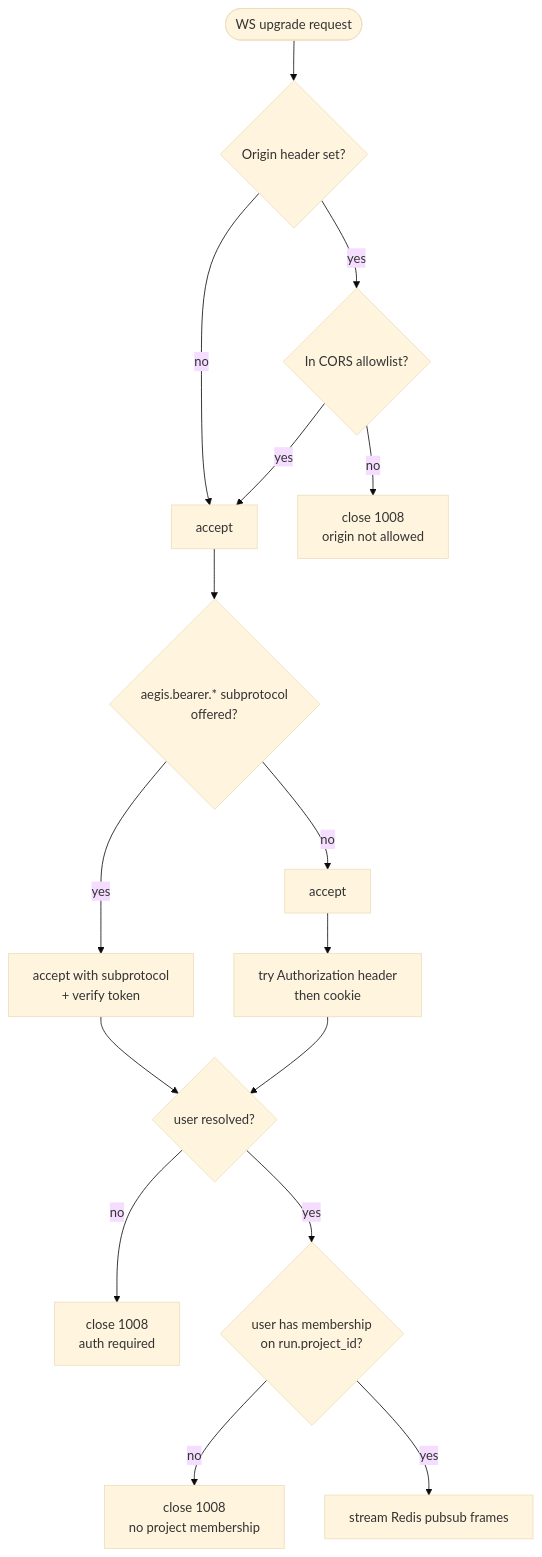
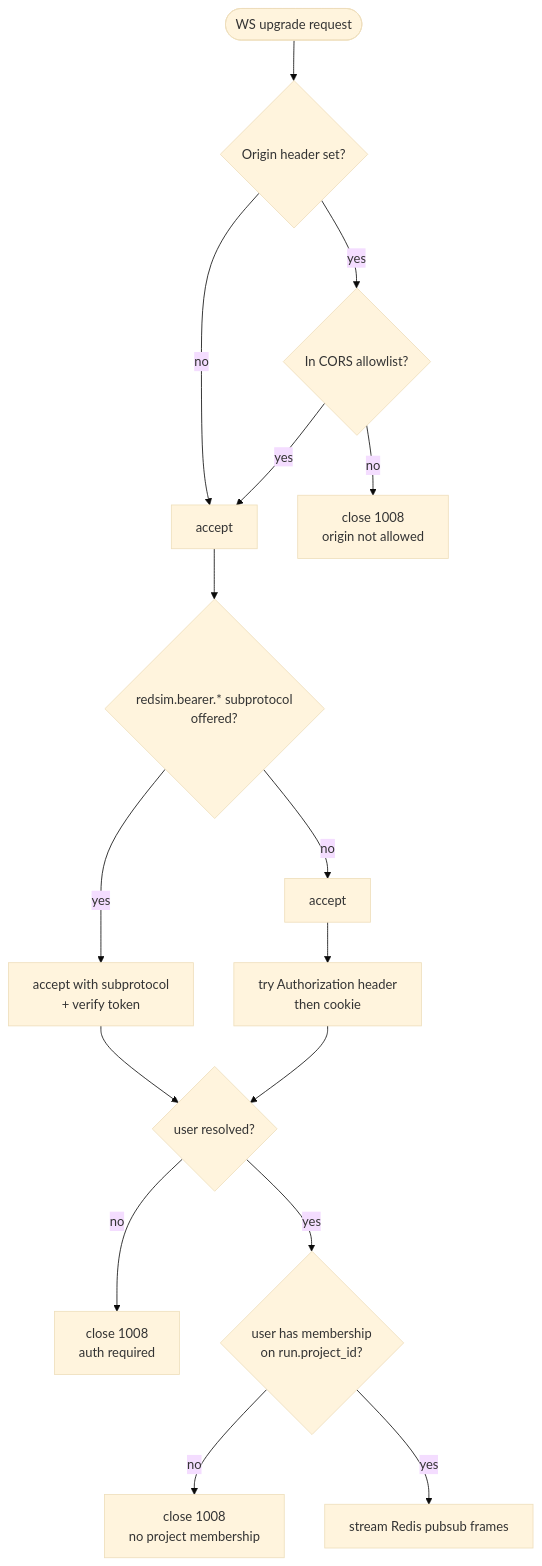
Before and after one commit to IntelliBridge/ndia-red-team-simulator: the third of 3 diagrams in docs/architecture/auth.md, drawn with Mermaid (base theme). The commit also changed other lines of this file and 27 other files, not shown here.

````diff
--- a/docs/architecture/auth.md
+++ b/docs/architecture/auth.md
@@ -196,20 +196,20 @@
 ```mermaid
 flowchart TB
   start(["WS upgrade request"]) --> hasOrigin{"Origin header set?"}
   hasOrigin -- no --> accept["accept"]
   hasOrigin -- yes --> originOk{"In CORS allowlist?"}
   originOk -- no --> close1["close 1008<br/>origin not allowed"]
   originOk -- yes --> accept
 
-  accept --> hasSubproto{"aegis.bearer.* subprotocol<br/>offered?"}
+  accept --> hasSubproto{"redsim.bearer.* subprotocol<br/>offered?"}
   hasSubproto -- yes --> echoSub["accept with subprotocol<br/>+ verify token"]
   hasSubproto -- no  --> bareAccept["accept"]
 
   echoSub --> hasUser{"user resolved?"}
   bareAccept --> resolveOther["try Authorization header<br/>then cookie"]
   resolveOther --> hasUser
   hasUser -- no --> close2["close 1008<br/>auth required"]
   hasUser -- yes --> projectAccess{"user has membership<br/>on run.project_id?"}
   projectAccess -- no --> close3["close 1008<br/>no project membership"]
   projectAccess -- yes --> stream["stream Redis pubsub frames"]
 ```
````
